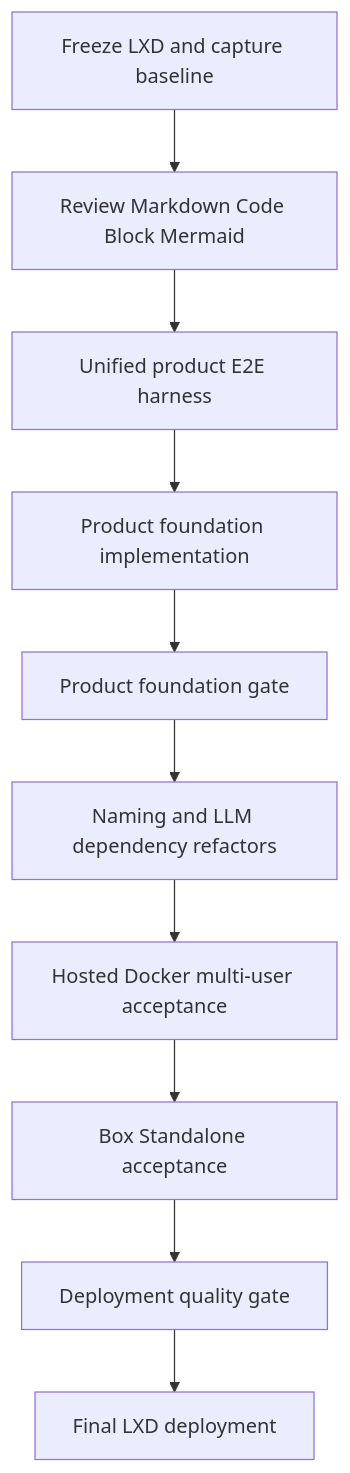
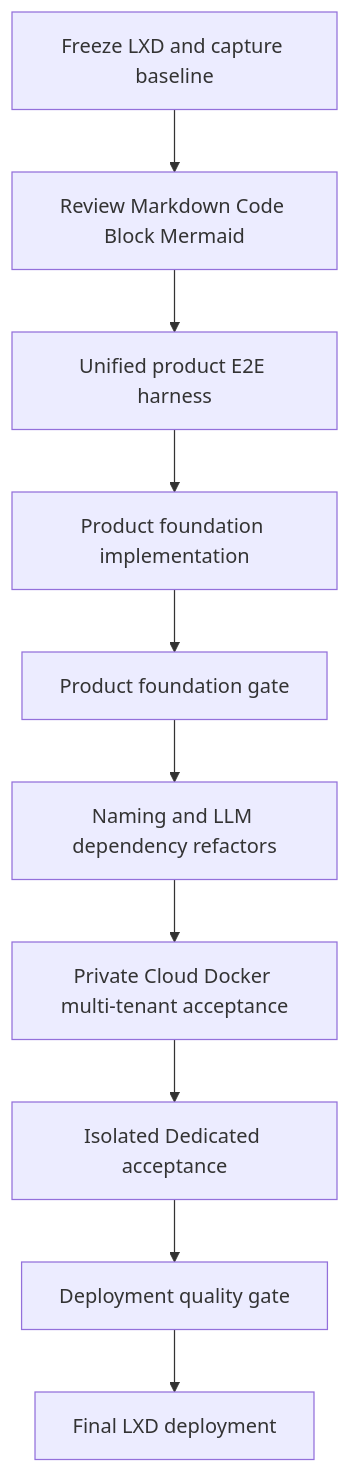
The diagram in docs/architecture/product-hardening-program.md (xingsy97/kala), drawn with Mermaid before and after one commit. The commit also changed other lines of this file and 306 other files, not shown here.

````diff
--- a/docs/architecture/product-hardening-program.md
+++ b/docs/architecture/product-hardening-program.md
@@ -11,16 +11,16 @@
 ```mermaid
 flowchart TD
   Baseline[Freeze LXD and capture baseline]
   Markdown[Review Markdown Code Block Mermaid]
   Harness[Unified product E2E harness]
   Product[Product foundation implementation]
   FoundationGate[Product foundation gate]
   Refactors[Naming and LLM dependency refactors]
-  Docker[Hosted Docker multi-user acceptance]
-  Box[Box Standalone acceptance]
+  Docker[Private Cloud Docker multi-tenant acceptance]
+  Box[Isolated Dedicated acceptance]
   Quality[Deployment quality gate]
   LXD[Final LXD deployment]
 
   Baseline --> Markdown --> Harness --> Product --> FoundationGate
   FoundationGate --> Refactors --> Docker --> Box --> Quality --> LXD
 ```
````
